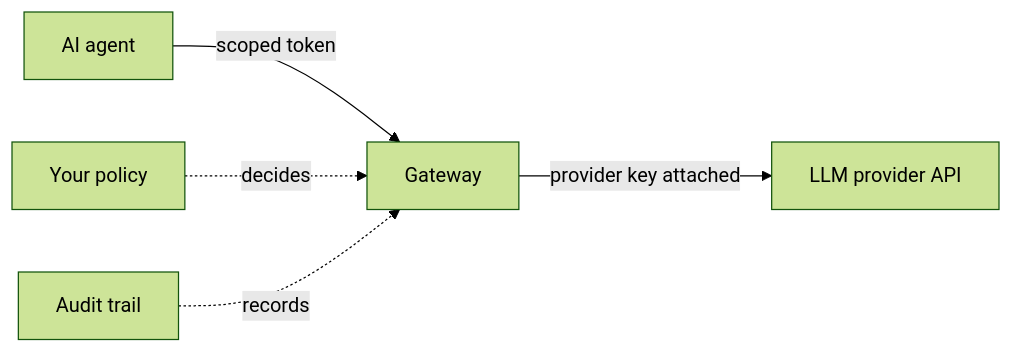
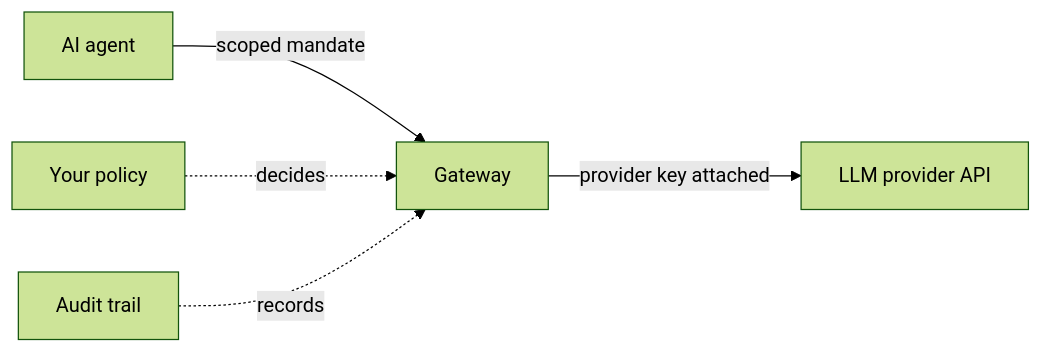
One commit to Garudex-Labs/caracal changed the diagram in docs/src/content/docs/get-started/first-protected-call.mdx. Above: the diagram before and after it, drawn with Mermaid (forest theme). The commit also changed other lines of this file and 127 other files, not shown here.

````diff
--- a/docs/src/content/docs/get-started/first-protected-call.mdx
+++ b/docs/src/content/docs/get-started/first-protected-call.mdx
@@ -11,7 +11,7 @@
 ```mermaid
 flowchart LR
-  Agent[AI agent] -->|scoped token| GW[Gateway]
+  Agent[AI agent] -->|scoped mandate| GW[Gateway]
   GW -->|provider key attached| LLM[LLM provider API]
   Policy[Your policy] -.decides.-> GW
   Audit[Audit trail] -.records.-> GW
 ```
````
